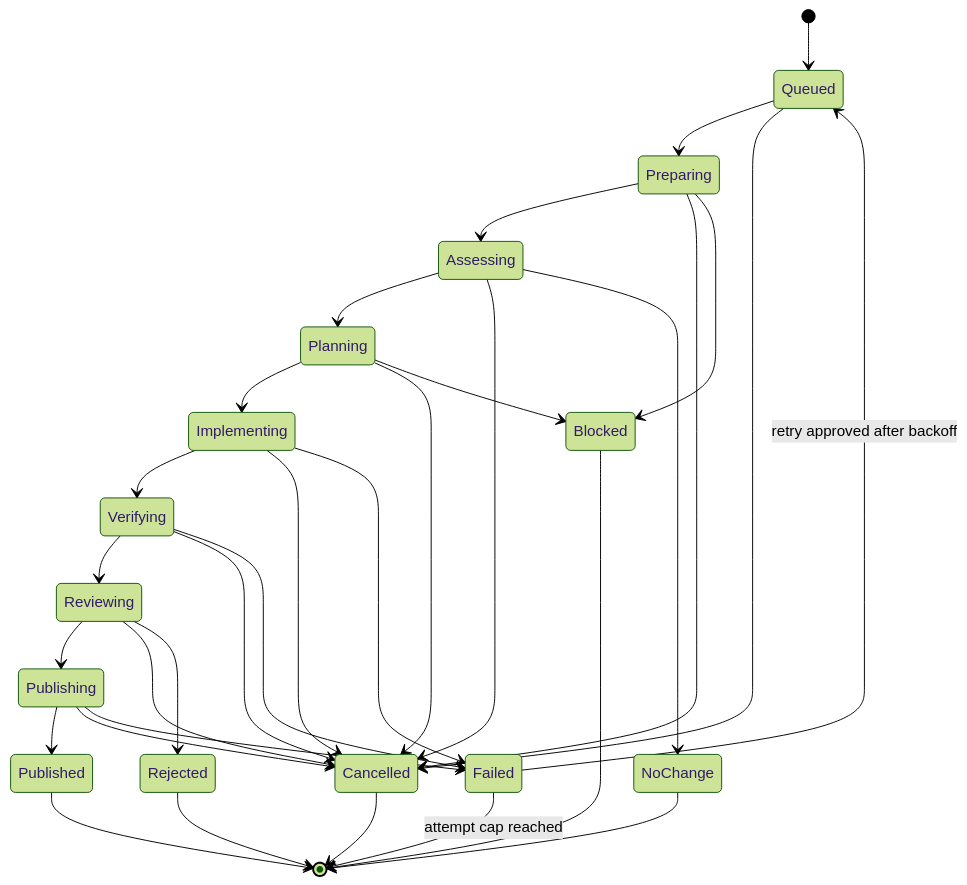
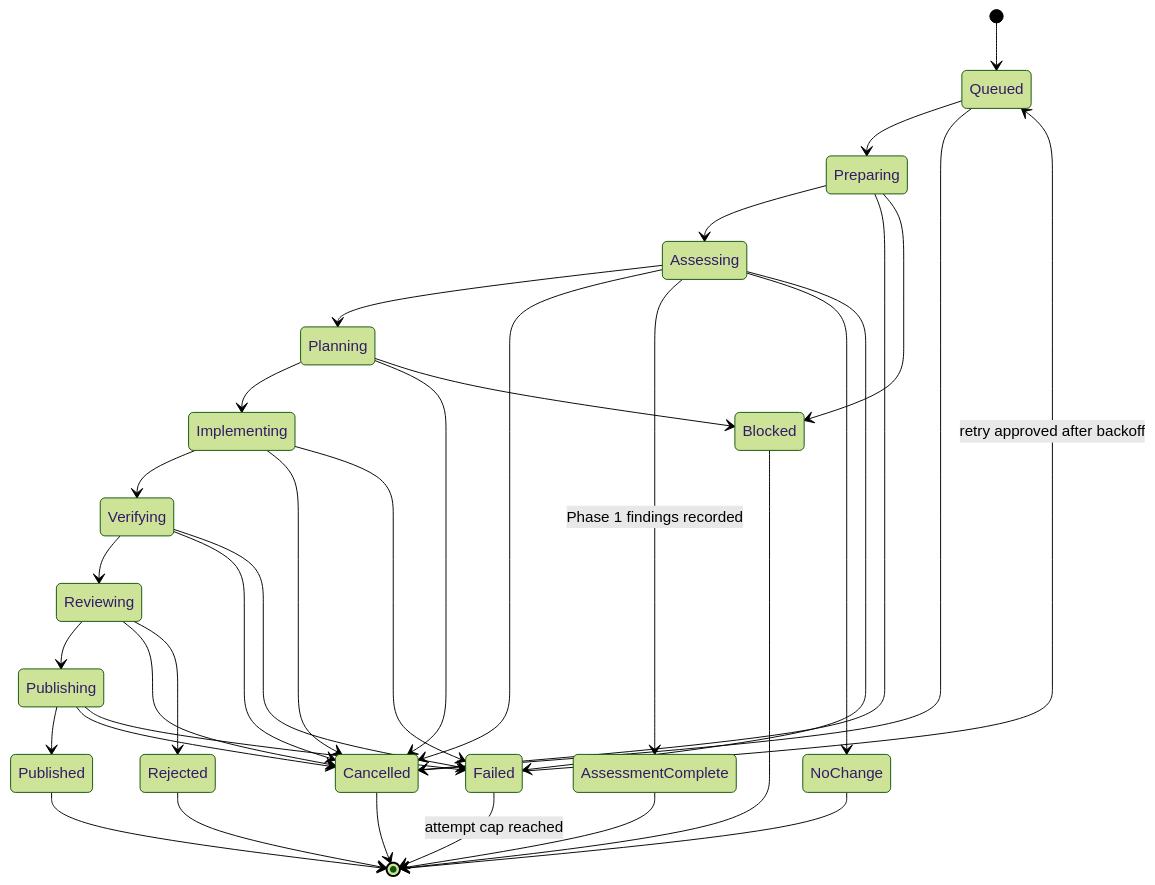
Before and after one commit to bcgov/rook: the second of 4 diagrams in docs/orchestration-framework-solution-architecture.md, drawn with Mermaid (forest theme). The commit also changed other lines of this file and 3 other files, not shown here.

````diff
--- a/docs/orchestration-framework-solution-architecture.md
+++ b/docs/orchestration-framework-solution-architecture.md
@@ -527,35 +532,38 @@
 ```mermaid
 stateDiagram-v2
     [*] --> Queued
     Queued --> Preparing
     Preparing --> Assessing
     Assessing --> Planning
     Planning --> Implementing
     Implementing --> Verifying
     Verifying --> Reviewing
     Reviewing --> Publishing
     Publishing --> Published
     Published --> [*]
 
     Queued --> Cancelled
     Preparing --> Cancelled
     Assessing --> Cancelled
     Planning --> Cancelled
     Implementing --> Cancelled
     Verifying --> Cancelled
     Reviewing --> Cancelled
     Publishing --> Cancelled
     Preparing --> Blocked
+    Assessing --> AssessmentComplete: Phase 1 findings recorded
     Assessing --> NoChange
+    Assessing --> Failed
     Planning --> Blocked
     Implementing --> Failed
     Verifying --> Failed
     Reviewing --> Rejected
     Publishing --> Failed
     Failed --> Queued: retry approved after backoff
     Failed --> [*]: attempt cap reached
+    AssessmentComplete --> [*]
     Blocked --> [*]
     NoChange --> [*]
     Rejected --> [*]
     Cancelled --> [*]
 ```
````
